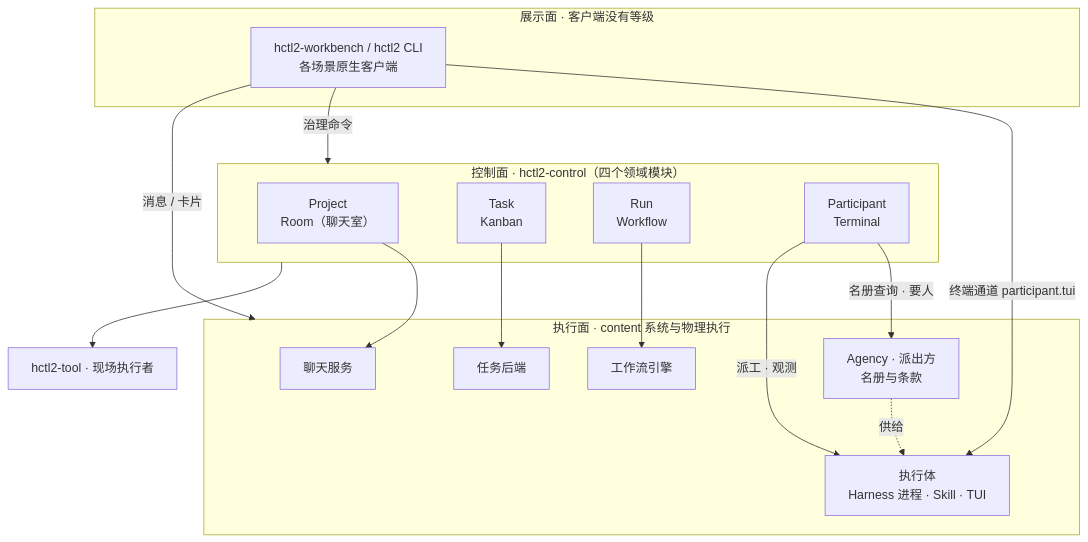
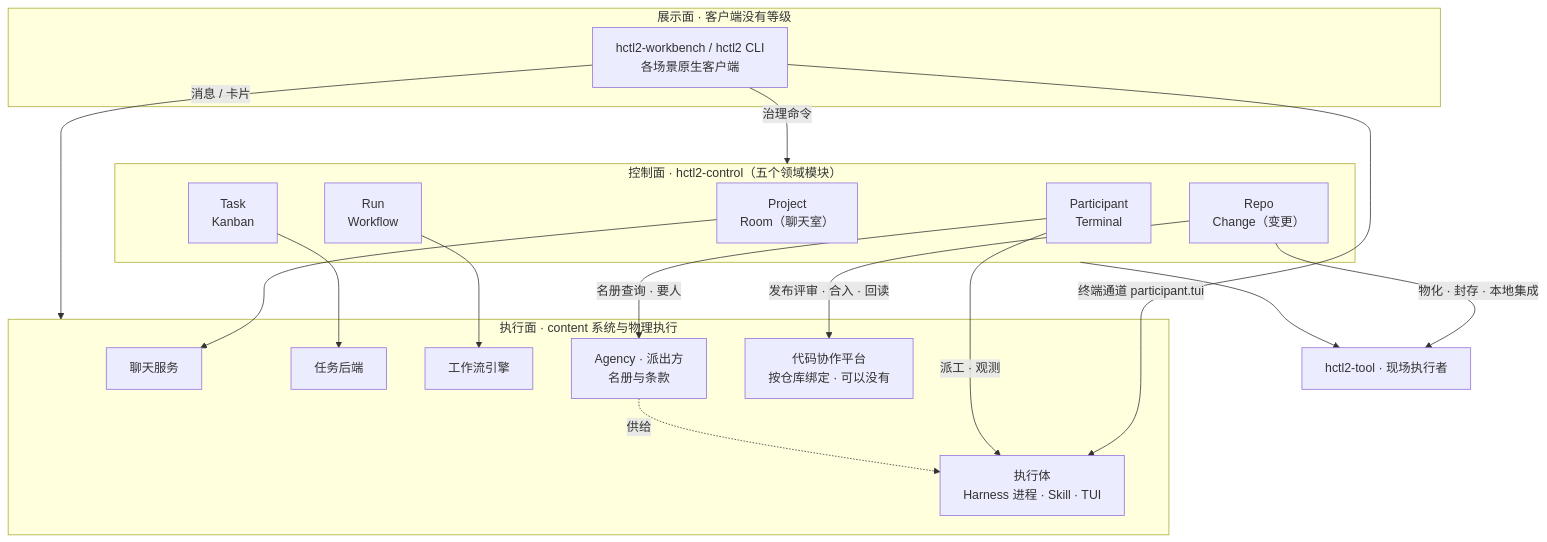
The diagram in README.md (yesme/hctl2), drawn with Mermaid before and after one commit. The commit also changed other lines of this file and 29 other files, not shown here.

````diff
--- a/README.md
+++ b/README.md
@@ -23,34 +23,38 @@
 ```mermaid
 flowchart TB
     subgraph Present["展示面 · 客户端没有等级"]
         Clients["hctl2-workbench / hctl2 CLI<br/>各场景原生客户端"]
     end
 
-    subgraph Control["控制面 · hctl2-control（四个领域模块）"]
+    subgraph Control["控制面 · hctl2-control（五个领域模块）"]
         P["Project<br/>Room（聊天室）"]
         T["Task<br/>Kanban"]
         R["Run<br/>Workflow"]
         A["Participant<br/>Terminal"]
+        C["Repo<br/>Change（变更）"]
     end
 
     subgraph Exec["执行面 · content 系统与物理执行"]
         chat_srv["聊天服务"]
         task_backend["任务后端"]
         engine["工作流引擎"]
         agency["Agency · 派出方<br/>名册与条款"]
         worker["执行体<br/>Harness 进程 · Skill · TUI"]
+        platform["代码协作平台<br/>按仓库绑定 · 可以没有"]
     end
 
     Tool["hctl2-tool · 现场执行者"]
 
     Clients -->|治理命令| Control
     Clients -->|消息 / 卡片| Exec
     Clients -->|终端通道 participant.tui| worker
     Control --> Tool
     P --> chat_srv
     T --> task_backend
     R --> engine
     A -->|名册查询 · 要人| agency
     A -->|派工 · 观测| worker
     agency -.->|供给| worker
+    C -->|发布评审 · 合入 · 回读| platform
+    C -->|物化 · 封存 · 本地集成| Tool
 ```
````
